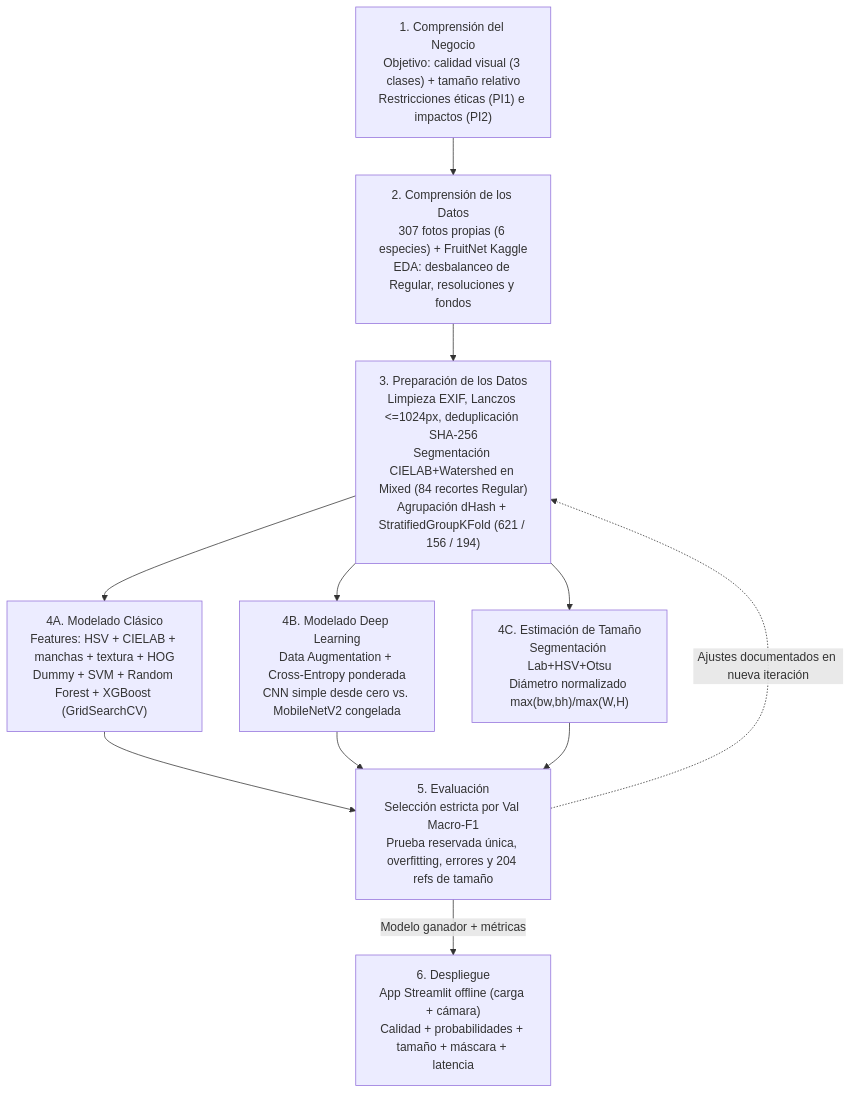
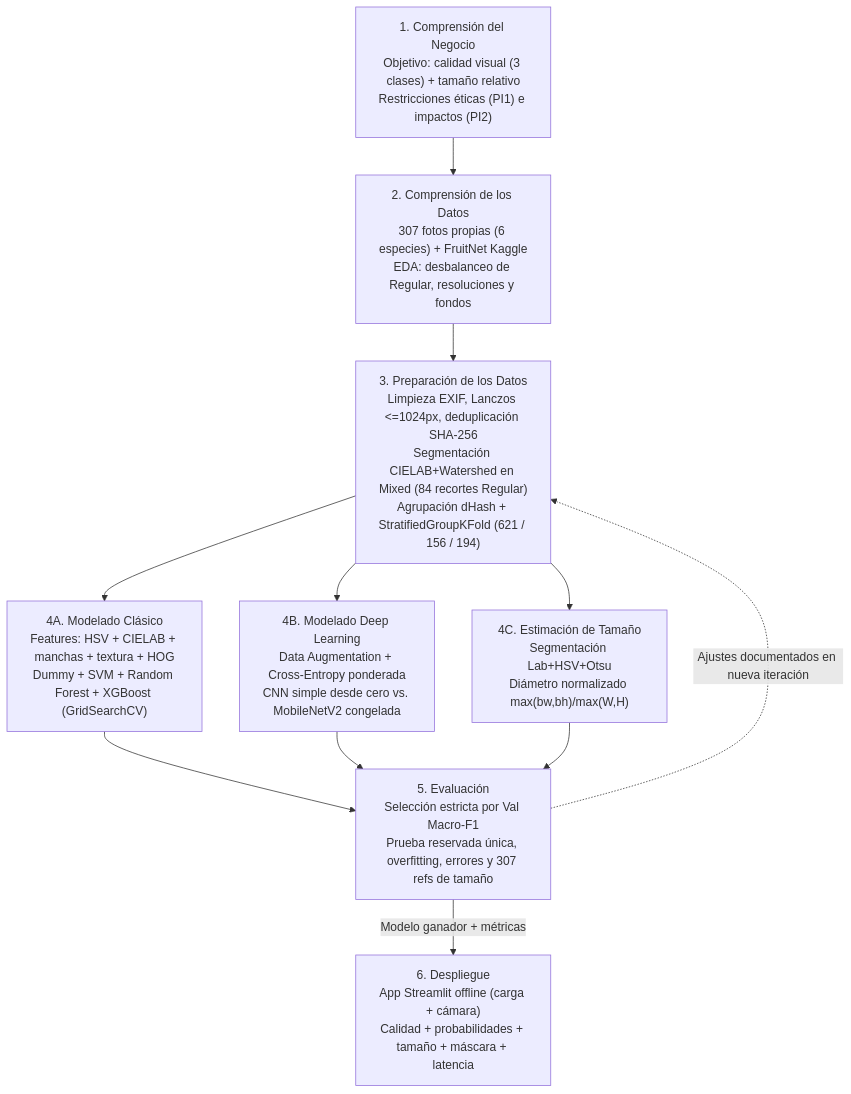
One commit to ItzDsgM/ApoIII-Proyeto-Frutas changed the diagram in 01_comprension_negocio/diagrama_crisp_dm.mmd. Above: the diagram before and after it, drawn with Mermaid. The commit also changed 33 other files, not shown here.

Commit message:
feat(crisp-dm): completar 307/307 anotaciones de tamano, blindaje analitico Opcion B y diagramas SVG

```diff
--- a/01_comprension_negocio/diagrama_crisp_dm.mmd
+++ b/01_comprension_negocio/diagrama_crisp_dm.mmd
@@ -1,16 +1,16 @@
 flowchart TD
     F1["1. Comprensión del Negocio<br/>Objetivo: calidad visual (3 clases) + tamaño relativo<br/>Restricciones éticas (PI1) e impactos (PI2)"]
     F2["2. Comprensión de los Datos<br/>307 fotos propias (6 especies) + FruitNet Kaggle<br/>EDA: desbalanceo de Regular, resoluciones y fondos"]
     F3["3. Preparación de los Datos<br/>Limpieza EXIF, Lanczos <=1024px, deduplicación SHA-256<br/>Segmentación CIELAB+Watershed en Mixed (84 recortes Regular)<br/>Agrupación dHash + StratifiedGroupKFold (621 / 156 / 194)"]
     F4A["4A. Modelado Clásico<br/>Features: HSV + CIELAB + manchas + textura + HOG<br/>Dummy + SVM + Random Forest + XGBoost (GridSearchCV)"]
     F4B["4B. Modelado Deep Learning<br/>Data Augmentation + Cross-Entropy ponderada<br/>CNN simple desde cero vs. MobileNetV2 congelada"]
     F4C["4C. Estimación de Tamaño<br/>Segmentación Lab+HSV+Otsu<br/>Diámetro normalizado max(bw,bh)/max(W,H)"]
-    F5["5. Evaluación<br/>Selección estricta por Val Macro-F1<br/>Prueba reservada única, overfitting, errores y 204 refs de tamaño"]
+    F5["5. Evaluación<br/>Selección estricta por Val Macro-F1<br/>Prueba reservada única, overfitting, errores y 307 refs de tamaño"]
     F6["6. Despliegue<br/>App Streamlit offline (carga + cámara)<br/>Calidad + probabilidades + tamaño + máscara + latencia"]
 
     F1 --> F2 --> F3
     F3 --> F4A --> F5
     F3 --> F4B --> F5
     F3 --> F4C --> F5
     F5 -->|"Modelo ganador + métricas"| F6
     F5 -.->|"Ajustes documentados en nueva iteración"| F3
```
